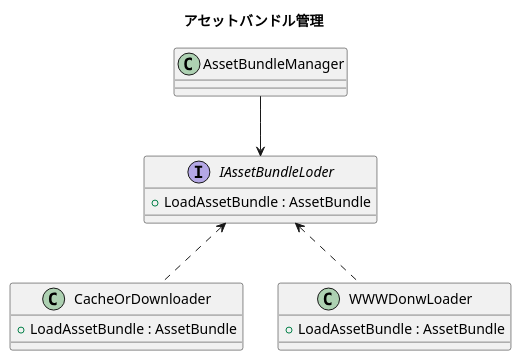
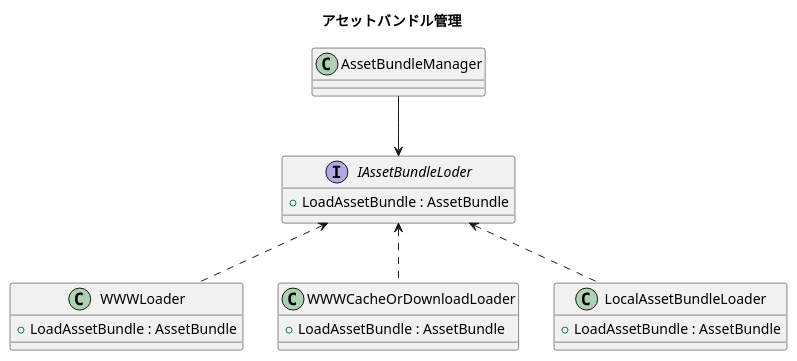
One commit to tanakablog/BirdProject changed the diagram in Documents/Class.puml. Above: the diagram before and after it, drawn with PlantUML.

Commit message:
クラス図更新

```diff
--- a/Documents/Class.puml
+++ b/Documents/Class.puml
@@ -1,29 +1,30 @@
 @startuml
 title アセットバンドル管理
 
 'アセットバンドル管理'
 class AssetBundleManager {
 
 }
 
 interface IAssetBundleLoder {
   +LoadAssetBundle : AssetBundle
-
 }
 
-class CacheOrDownloader  {
-  +LoadAssetBundle : AssetBundle
-
-}
-
-class WWWDonwLoader {
+class WWWLoader {
   +LoadAssetBundle : AssetBundle
 }
 
+class WWWCacheOrDownloadLoader  {
+  +LoadAssetBundle : AssetBundle
+}
+
+class LocalAssetBundleLoader {
+  +LoadAssetBundle : AssetBundle
+}
 
 AssetBundleManager -down-> IAssetBundleLoder
 
-CacheOrDownloader .up.> IAssetBundleLoder
-WWWDonwLoader .up.> IAssetBundleLoder
-
+WWWLoader .up.> IAssetBundleLoder
+WWWCacheOrDownloadLoader .up.> IAssetBundleLoder
+LocalAssetBundleLoader .up.> IAssetBundleLoder
 @enduml
```
